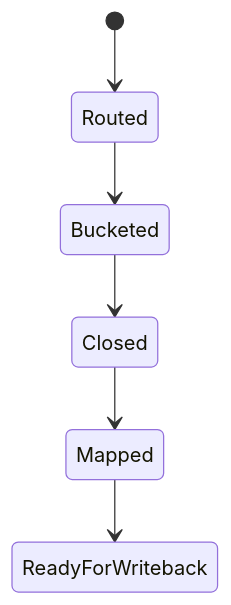
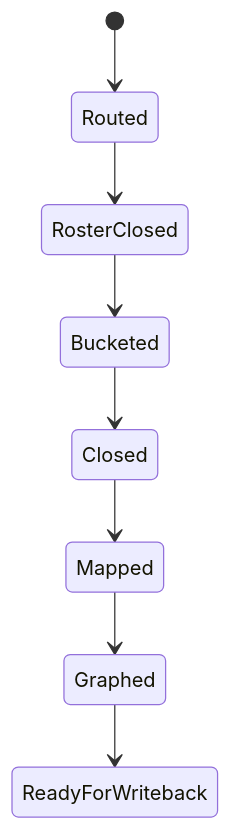
Before and after one commit to ZEN-VOID/AI-CUT: the second of 3 diagrams in .agents/skills/story/1-Cards/角色卡/SKILL.md, drawn with Mermaid. The commit also changed other lines of this file and 291 other files, not shown here.

````diff
--- a/.agents/skills/story/1-Cards/角色卡/SKILL.md
+++ b/.agents/skills/story/1-Cards/角色卡/SKILL.md
@@ -55,8 +68,10 @@
 ```mermaid
 stateDiagram-v2
     [*] --> Routed
-    Routed --> Bucketed
+    Routed --> RosterClosed
+    RosterClosed --> Bucketed
     Bucketed --> Closed
     Closed --> Mapped
-    Mapped --> ReadyForWriteback
+    Mapped --> Graphed
+    Graphed --> ReadyForWriteback
 ```
````
